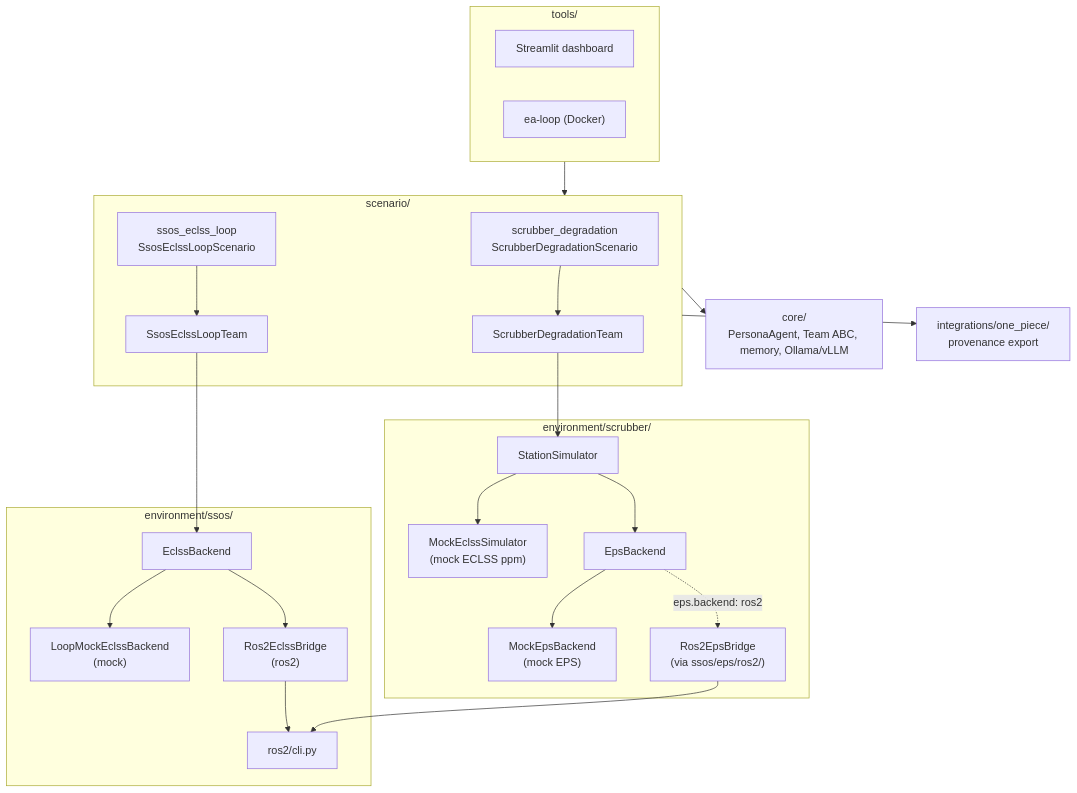
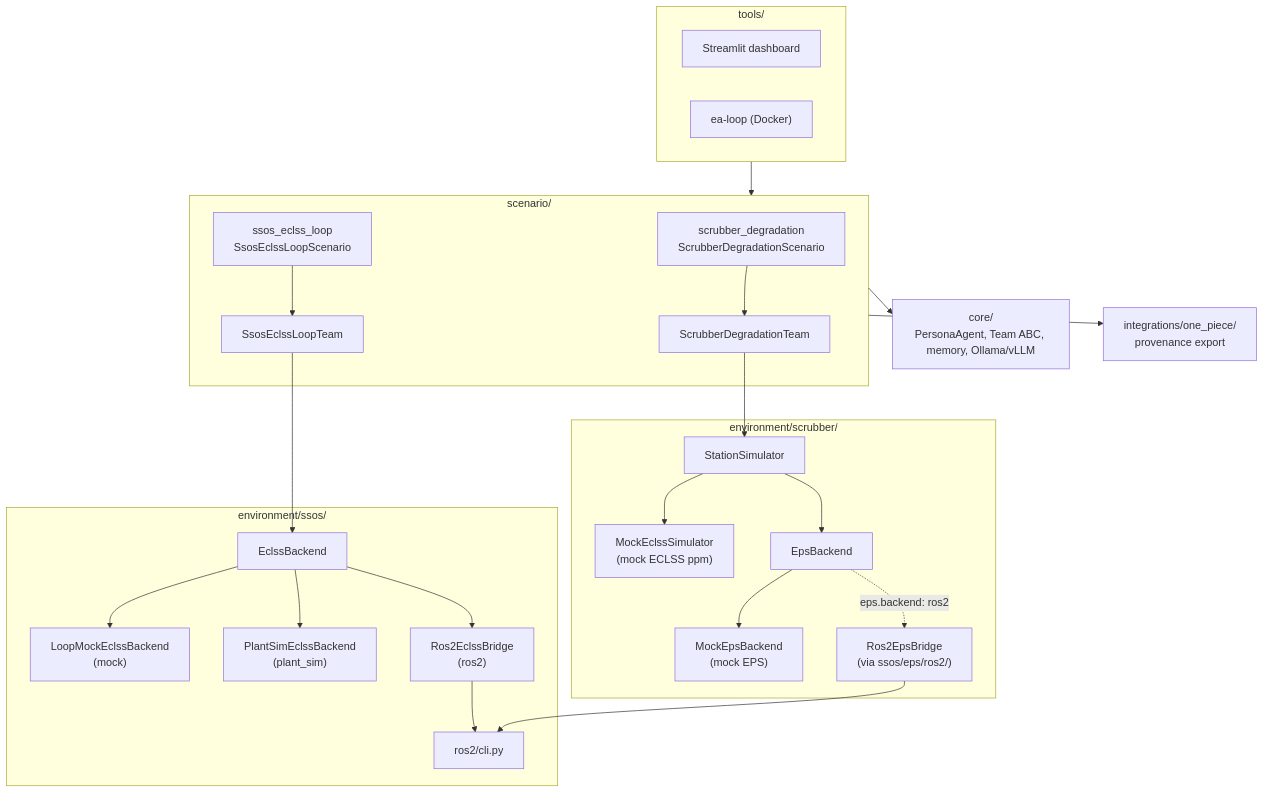
One commit to hirototamura/engineering_agents changed the first of 5 diagrams in docs/ja/architecture.md. Above: the diagram before and after it, drawn with Mermaid. The commit also changed other lines of this file and 20 other files, not shown here.

Commit message:
docs: sync ssos CLI defaults, WRS team, and plant_sim (#80)

````diff
--- a/docs/ja/architecture.md
+++ b/docs/ja/architecture.md
@@ -58,48 +59,50 @@
 ```mermaid
 flowchart TB
   subgraph tools ["tools/"]
     Dashboard["Streamlit dashboard"]
     EALoop["ea-loop (Docker)"]
   end
 
   subgraph scenario ["scenario/"]
     SD["scrubber_degradation<br/>ScrubberDegradationScenario"]
     SE["ssos_eclss_loop<br/>SsosEclssLoopScenario"]
     SDT["ScrubberDegradationTeam"]
     SET["SsosEclssLoopTeam"]
   end
 
   subgraph scrubber_env ["environment/scrubber/"]
     SS["StationSimulator"]
     ME["MockEclssSimulator<br/>(mock ECLSS ppm)"]
     EPS["EpsBackend"]
     MEP["MockEpsBackend<br/>(mock EPS)"]
     REP["Ros2EpsBridge<br/>(via ssos/eps/ros2/)"]
   end
 
   subgraph ssos_env ["environment/ssos/"]
     CLI["ros2/cli.py"]
     EB["EclssBackend"]
     LME["LoopMockEclssBackend<br/>(mock)"]
+    PSE["PlantSimEclssBackend<br/>(plant_sim)"]
     REB["Ros2EclssBridge<br/>(ros2)"]
   end
 
   core["core/<br/>PersonaAgent, Team ABC, memory, Ollama/vLLM"]
   OP["integrations/one_piece/<br/>provenance export"]
 
   tools --> scenario
   SD --> SDT
   SE --> SET
   SDT --> SS
   SET --> EB
   SS --> ME
   SS --> EPS
   EPS --> MEP
   EPS -.->|"eps.backend: ros2"| REP
   EB --> LME
+  EB --> PSE
   EB --> REB
   REB --> CLI
   REP --> CLI
   scenario --> core
   scenario --> OP
 ```
````
